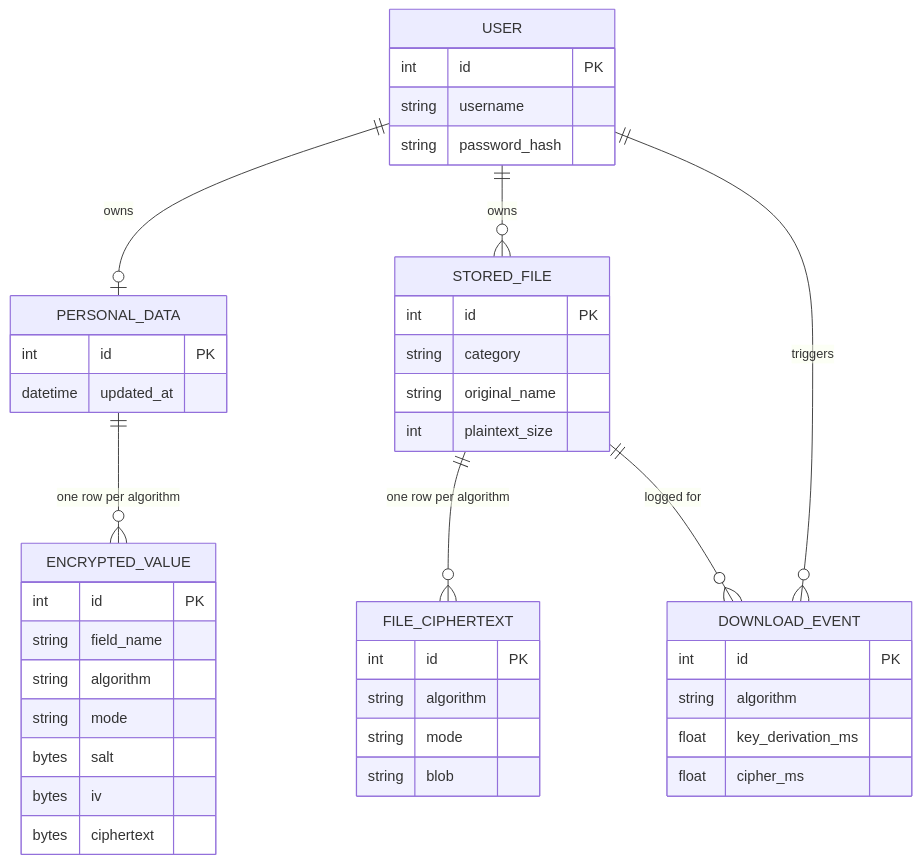
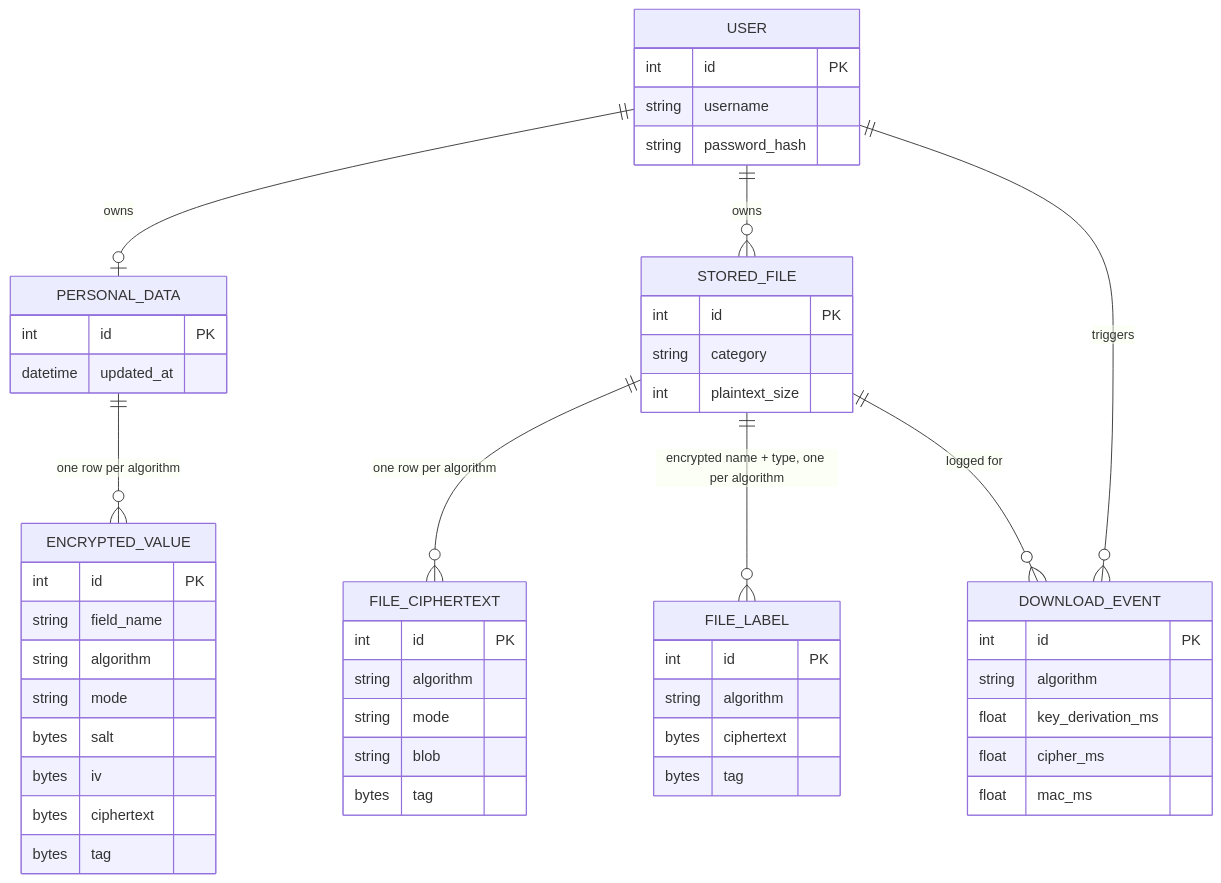
The second of 3 diagrams in README.md (nittsuj/cipher-safe-backend), drawn with Mermaid before and after one commit. The commit also changed other lines of this file and 2 other files, not shown here.

````diff
--- a/README.md
+++ b/README.md
@@ -49,46 +71,55 @@
 ```mermaid
 erDiagram
     USER ||--o| PERSONAL_DATA : owns
     USER ||--o{ STORED_FILE : owns
     USER ||--o{ DOWNLOAD_EVENT : triggers
     PERSONAL_DATA ||--o{ ENCRYPTED_VALUE : "one row per algorithm"
     STORED_FILE ||--o{ FILE_CIPHERTEXT : "one row per algorithm"
+    STORED_FILE ||--o{ FILE_LABEL : "encrypted name + type, one per algorithm"
     STORED_FILE ||--o{ DOWNLOAD_EVENT : "logged for"
 
     USER {
         int id PK
         string username
         string password_hash
     }
     PERSONAL_DATA {
         int id PK
         datetime updated_at
     }
     ENCRYPTED_VALUE {
         int id PK
         string field_name
         string algorithm
         string mode
         bytes salt
         bytes iv
         bytes ciphertext
+        bytes tag
     }
     STORED_FILE {
         int id PK
         string category
-        string original_name
         int plaintext_size
     }
     FILE_CIPHERTEXT {
         int id PK
         string algorithm
         string mode
         string blob
+        bytes tag
+    }
+    FILE_LABEL {
+        int id PK
+        string algorithm
+        bytes ciphertext
+        bytes tag
     }
     DOWNLOAD_EVENT {
         int id PK
         string algorithm
         float key_derivation_ms
         float cipher_ms
+        float mac_ms
     }
 ```
````
